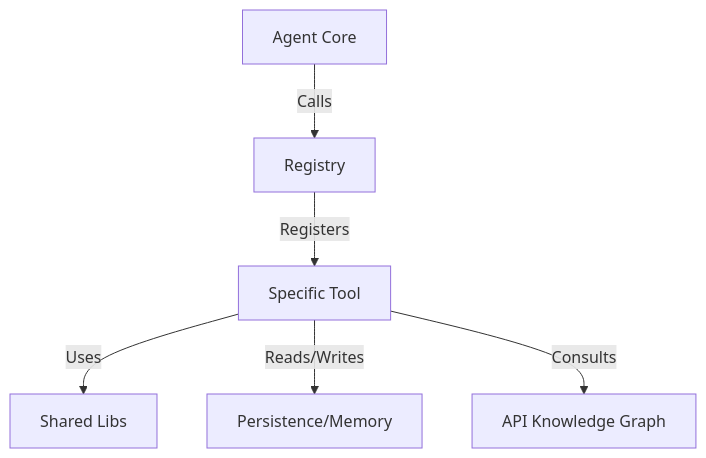
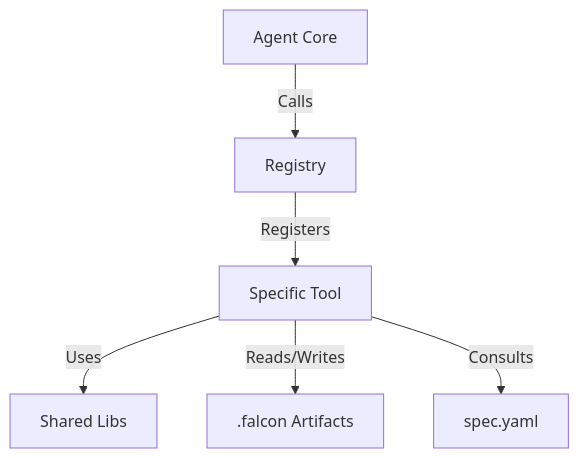
One commit to blackcoderx/falcon changed the diagram in pkg/core/tools/README.md. Above: the diagram before and after it, drawn with Mermaid. The commit also changed other lines of this file and 51 other files, not shown here.

````diff
--- a/pkg/core/tools/README.md
+++ b/pkg/core/tools/README.md
@@ -17,8 +15,8 @@
 ```mermaid
 graph TD
     Agent[Agent Core] -->|Calls| Registry
     Registry -->|Registers| Tool[Specific Tool]
     Tool -->|Uses| Shared[Shared Libs]
-    Tool -->|Reads/Writes| Persistence[Persistence/Memory]
-    Tool -->|Consults| Graph[API Knowledge Graph]
+    Tool -->|Reads/Writes| Persistence[.falcon Artifacts]
+    Tool -->|Consults| Spec[spec.yaml]
 ```
````
